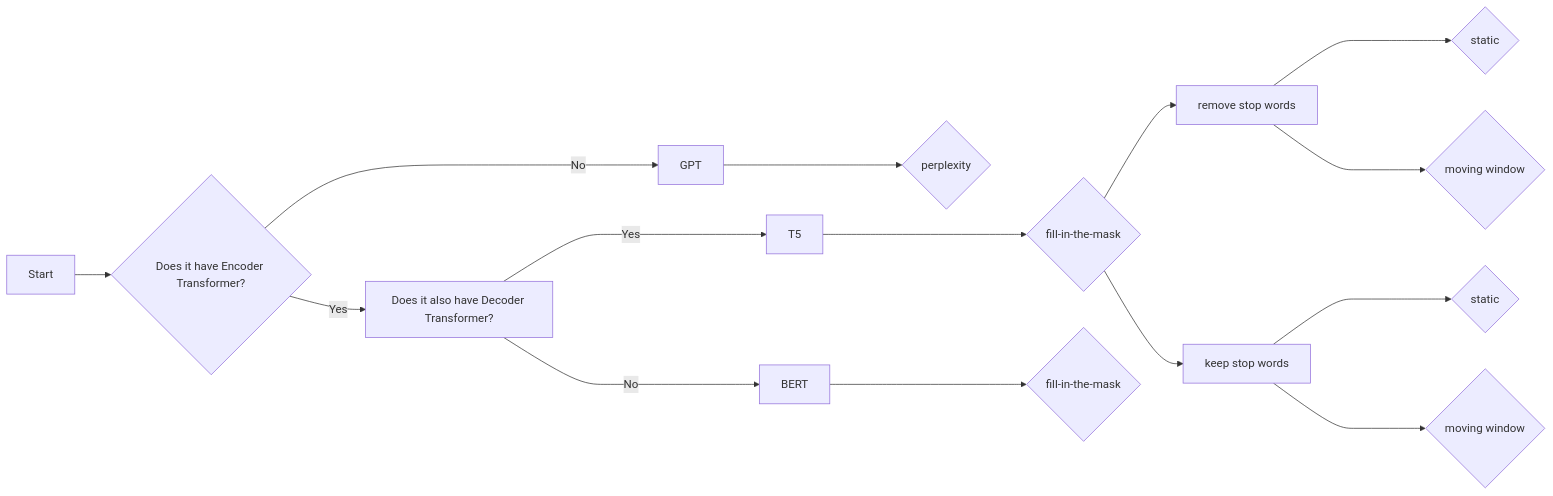
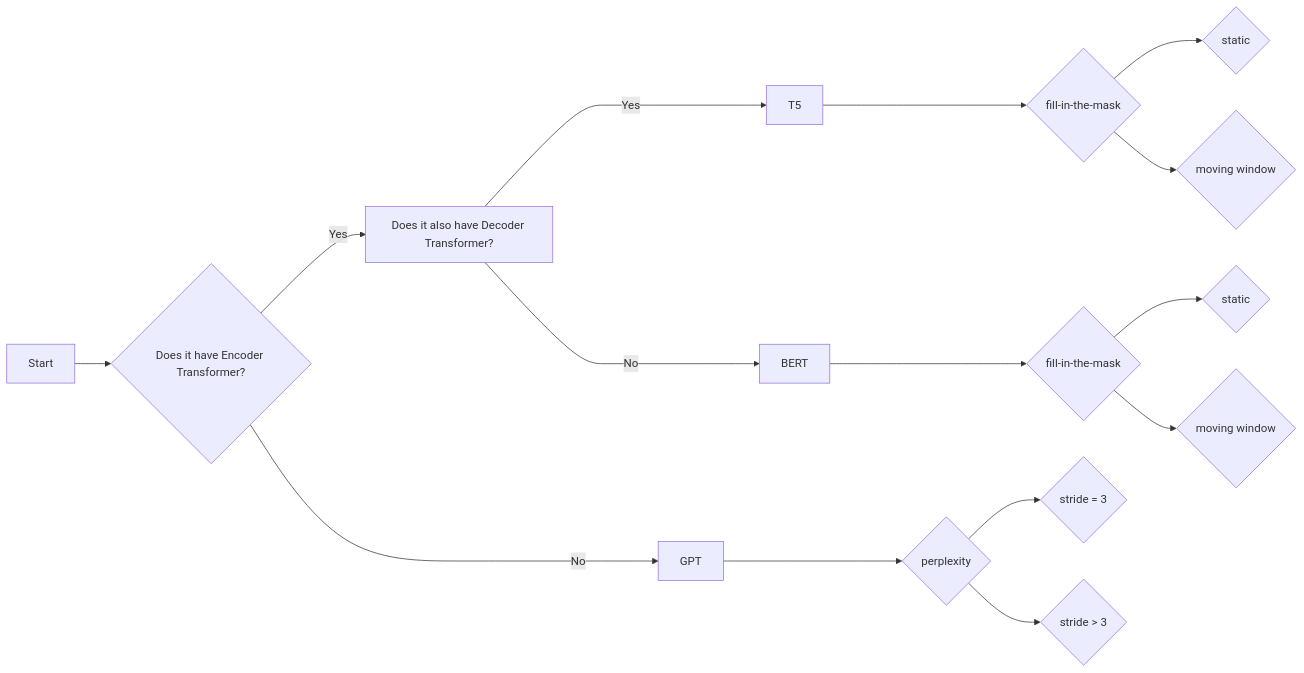
The diagram in README.md (yancong222/scriptscz), drawn with Mermaid before and after one commit.

````diff
--- a/README.md
+++ b/README.md
@@ -3,16 +3,18 @@
 ```mermaid
 flowchart LR
     A[Start] --> B{Does it have Encoder Transformer?}
     B -- Yes --> C[Does it also have Decoder Transformer?]
     C -- Yes ----> D[T5] ----> G{fill-in-the-mask}
-    G --> J[remove stop words] ----> K{static}
-    J ----> L{moving window}
-    G --> M[keep stop words] ----> N{static}
-    M ----> O{moving window}
+    G --> J{static} 
+    G --> k{moving window}
     C -- No ----> E[BERT] ----> H{fill-in-the-mask}
+    H --> L{static} 
+    H --> M{moving window}
     B -- No ----> F[GPT] ----> I{perplexity}
+    I --> N{stride = 3}
+    I --> O{stride > 3}
     click A "https://github.com/yancong222/scriptscz/blob/main/perplexity/ed_perplexity.py" _blank
     click B "http://www.github.com" "Open this in a new tab" _blank
     click C href "http://www.github.com" _blank
     click D href "http://www.github.com" "Open this in a new tab" _blank
 ```
````
